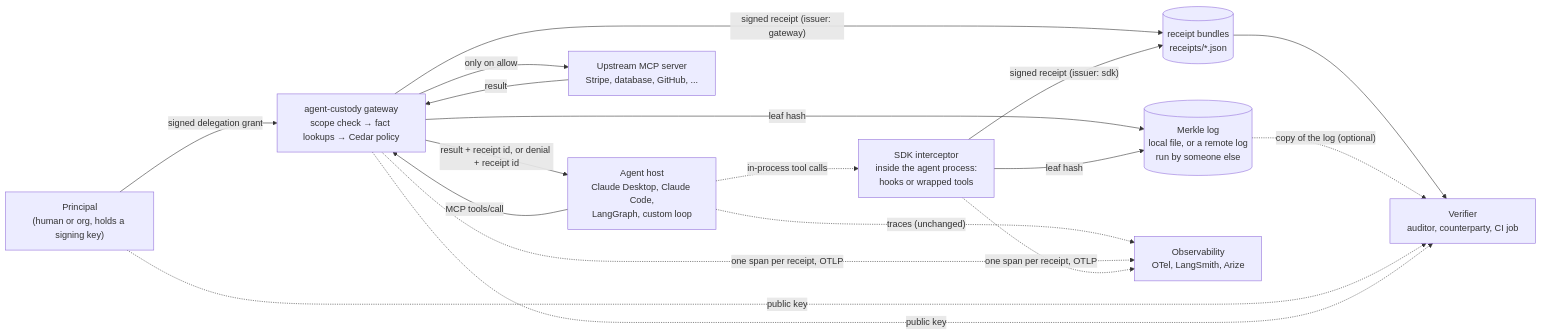
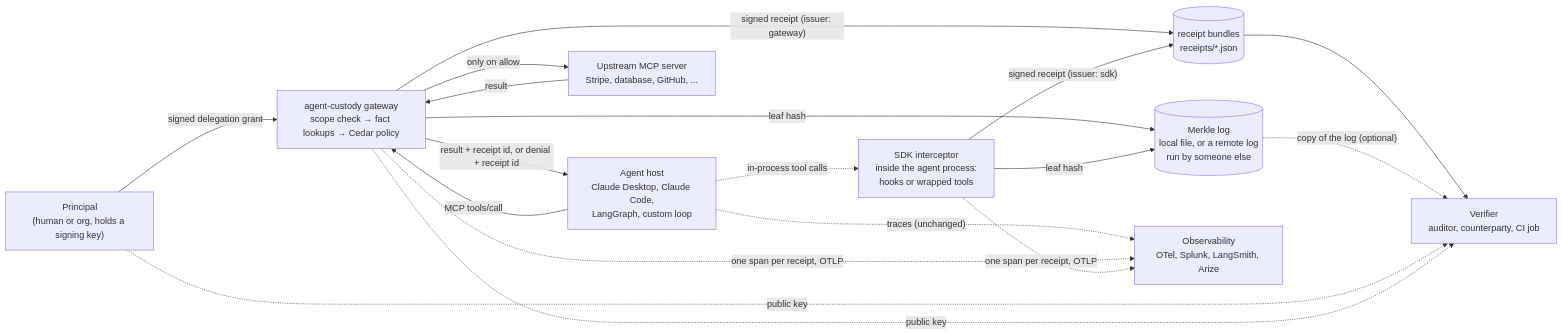
Before and after one commit to ch4r10t33r/agent-custody: the first of 3 diagrams in packages/receipts/README.md, drawn with Mermaid. The commit also changed other lines of this file and 29 other files, not shown here.

````diff
--- a/packages/receipts/README.md
+++ b/packages/receipts/README.md
@@ -52,30 +52,30 @@
 ```mermaid
 flowchart LR
     P["Principal<br/>(human or org, holds a signing key)"]
     A["Agent host<br/>Claude Desktop, Claude Code,<br/>LangGraph, custom loop"]
     S["SDK interceptor<br/>inside the agent process:<br/>hooks or wrapped tools"]
     G["agent-custody gateway<br/>scope check → fact lookups → Cedar policy"]
     U["Upstream MCP server<br/>Stripe, database, GitHub, ..."]
     R[("receipt bundles<br/>receipts/*.json")]
     L[("Merkle log<br/>local file, or a remote log<br/>run by someone else")]
     V["Verifier<br/>auditor, counterparty, CI job"]
-    O["Observability<br/>OTel, LangSmith, Arize"]
+    O["Observability<br/>OTel, Splunk, LangSmith, Arize"]
 
     P -- "signed delegation grant" --> G
     A -- "MCP tools/call" --> G
     G -- "only on allow" --> U
     U -- "result" --> G
     G -- "result + receipt id, or denial + receipt id" --> A
     G -- "signed receipt (issuer: gateway)" --> R
     G -- "leaf hash" --> L
     A -. "in-process tool calls" .-> S
     S -- "signed receipt (issuer: sdk)" --> R
     S -- "leaf hash" --> L
     R --> V
     L -. "copy of the log (optional)" .-> V
     P -. "public key" .-> V
     G -. "public key" .-> V
     A -. "traces (unchanged)" .-> O
     G -. "one span per receipt, OTLP" .-> O
     S -. "one span per receipt, OTLP" .-> O
 ```
````
